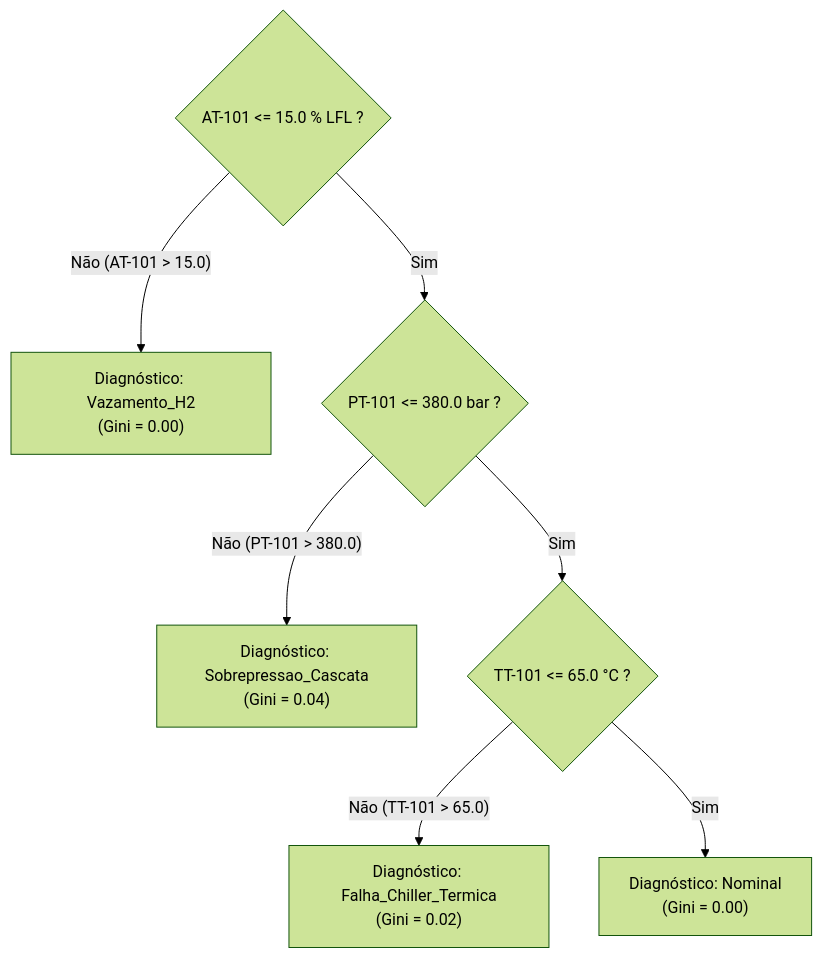
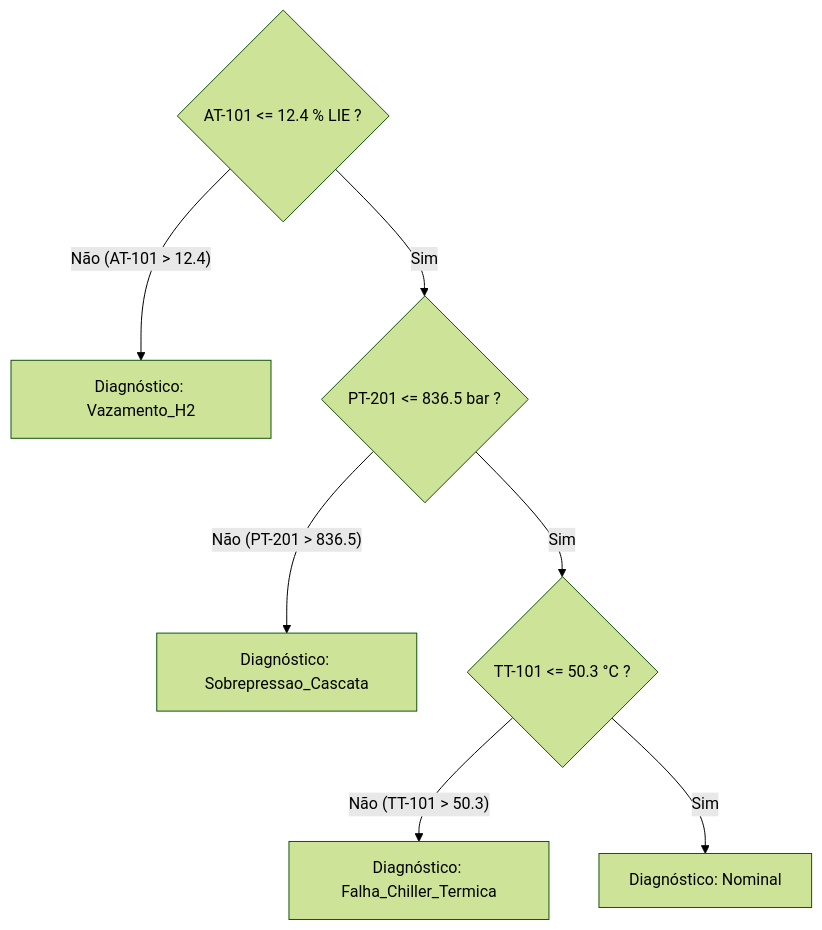
The diagram in etapa-03-arvores/Aula 27 - Árvores de Decisão - Algoritmos Clássicos de Construção de Árvore.md (leovarconrenno/Estacao-de-Reabastecimento-de-Hidrogenio---SCADA-Core), drawn with Mermaid (forest theme) before and after one commit. The commit also changed other lines of this file and 19 other files, not shown here.

````diff
--- a/etapa-03-arvores/Aula 27 - Árvores de Decisão - Algoritmos Clássicos de Construção de Árvore.md
+++ b/etapa-03-arvores/Aula 27 - Árvores de Decisão - Algoritmos Clássicos de Construção de Árvore.md
@@ -57,12 +46,12 @@
 ```mermaid
 graph TD
-    R{"AT-101 <= 15.0 % LFL ?"}
-    R -- "Não (AT-101 > 15.0)" --> F1["Diagnóstico: Vazamento_H2<br/>(Gini = 0.00)"]
-    R -- "Sim" --> N1{"PT-101 <= 380.0 bar ?"}
+    R{"AT-101 <= 12.4 % LIE ?"}
+    R -- "Não (AT-101 > 12.4)" --> F1["Diagnóstico: Vazamento_H2"]
+    R -- "Sim" --> N1{"PT-201 <= 836.5 bar ?"}
 
-    N1 -- "Não (PT-101 > 380.0)" --> F2["Diagnóstico: Sobrepressao_Cascata<br/>(Gini = 0.04)"]
-    N1 -- "Sim" --> N2{"TT-101 <= 65.0 °C ?"}
+    N1 -- "Não (PT-201 > 836.5)" --> F2["Diagnóstico: Sobrepressao_Cascata"]
+    N1 -- "Sim" --> N2{"TT-101 <= 50.3 °C ?"}
 
-    N2 -- "Não (TT-101 > 65.0)" --> F3["Diagnóstico: Falha_Chiller_Termica<br/>(Gini = 0.02)"]
-    N2 -- "Sim" --> F4["Diagnóstico: Nominal<br/>(Gini = 0.00)"]
+    N2 -- "Não (TT-101 > 50.3)" --> F3["Diagnóstico: Falha_Chiller_Termica"]
+    N2 -- "Sim" --> F4["Diagnóstico: Nominal"]
 ```
````
